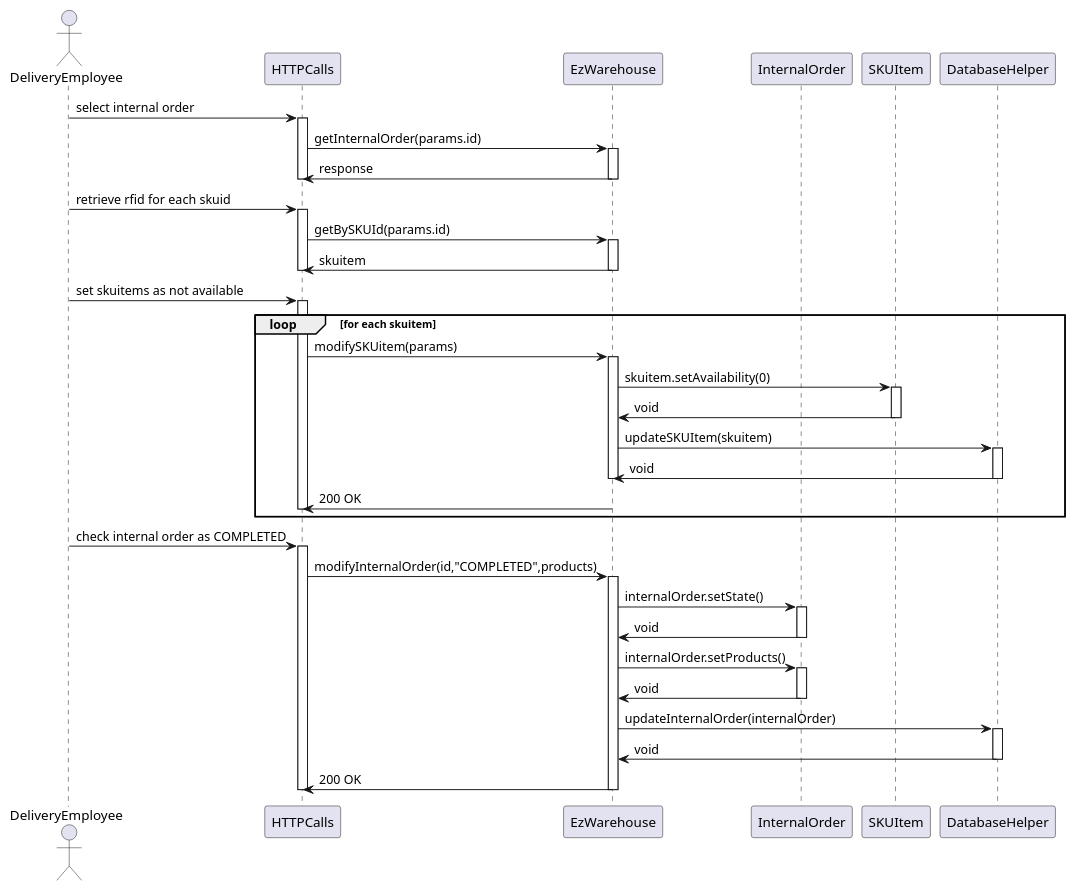
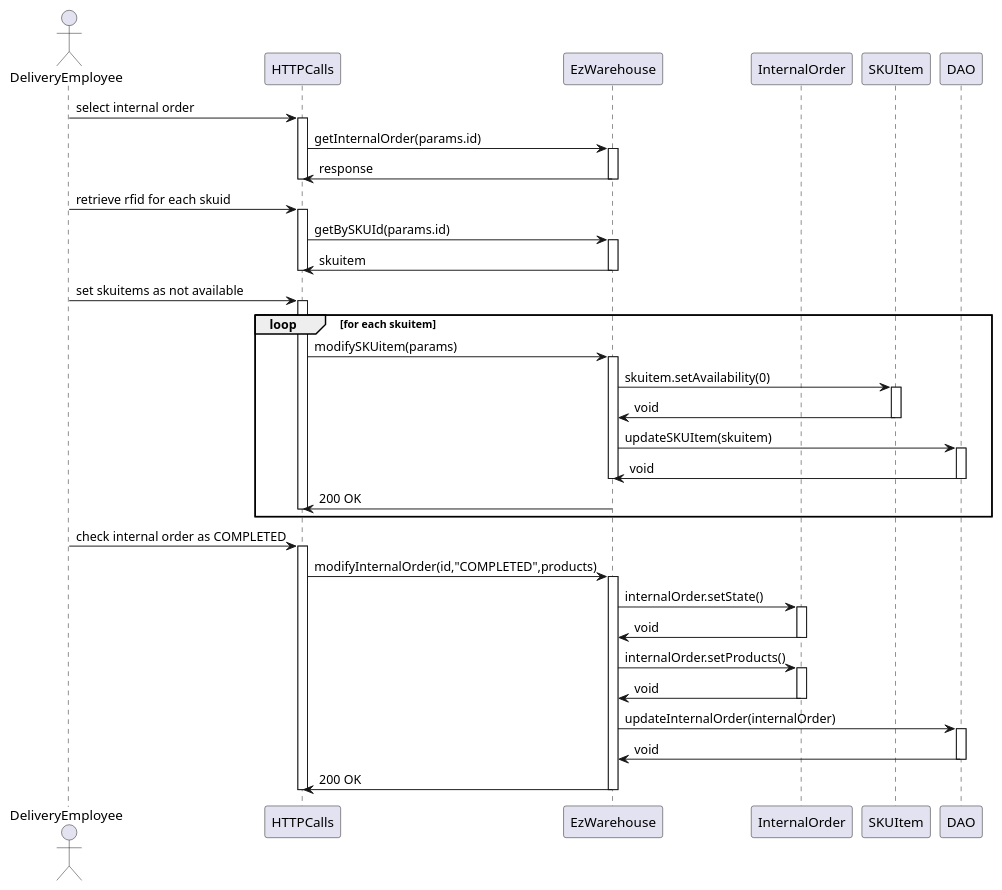
Before and after one commit to DavideArcolini/SoftEng_garbageCollector: diagram 17 of 19 in DESIGN PART/DesignDocument.md, drawn with PlantUML. The commit also changed other lines of this file, not shown here.

````diff
--- a/DESIGN PART/DesignDocument.md
+++ b/DESIGN PART/DesignDocument.md
@@ -1234,64 +1165,64 @@
 ```plantuml
 actor DeliveryEmployee as D
 participant HTTPCalls
 participant EzWarehouse as ezwh
 participant InternalOrder as I
 participant SKUItem as S
-participant DatabaseHelper as DH
+participant DAO as DAO
 
 D -> HTTPCalls : select internal order
 activate HTTPCalls
 HTTPCalls -> ezwh : getInternalOrder(params.id)
 activate ezwh
 ezwh -> HTTPCalls : response
 deactivate ezwh
 deactivate HTTPCalls
 
 D -> HTTPCalls : retrieve rfid for each skuid
 activate HTTPCalls
 
 HTTPCalls -> ezwh : getBySKUId(params.id)
 activate ezwh
 ezwh -> HTTPCalls : skuitem
 deactivate ezwh
 deactivate HTTPCalls
 
 D -> HTTPCalls : set skuitems as not available
 activate HTTPCalls
 loop for each skuitem
 HTTPCalls -> ezwh : modifySKUitem(params)
 activate ezwh
 ezwh -> S : skuitem.setAvailability(0)
 activate S
 S -> ezwh : void
 deactivate S
-ezwh -> DH : updateSKUItem(skuitem)
-activate DH
-DH -> ezwh : void
-deactivate DH
+ezwh -> DAO : updateSKUItem(skuitem)
+activate DAO
+DAO -> ezwh : void
+deactivate DAO
 deactivate ezwh
 ezwh -> HTTPCalls : 200 OK
 deactivate HTTPCalls
 end
 
 D -> HTTPCalls : check internal order as COMPLETED
 activate HTTPCalls
 HTTPCalls -> ezwh : modifyInternalOrder(id,"COMPLETED",products)
 activate ezwh
 ezwh -> I : internalOrder.setState()
 activate I
 ezwh <- I : void
 deactivate I
 ezwh -> I : internalOrder.setProducts()
 activate I
 ezwh <- I : void
 deactivate I
-ezwh->DH : updateInternalOrder(internalOrder)
-activate DH
-DH -> ezwh: void
-deactivate DH
+ezwh->DAO : updateInternalOrder(internalOrder)
+activate DAO
+DAO -> ezwh: void
+deactivate DAO
 
 ezwh -> HTTPCalls : 200 OK
 deactivate ezwh
 deactivate HTTPCalls
 ```
````
